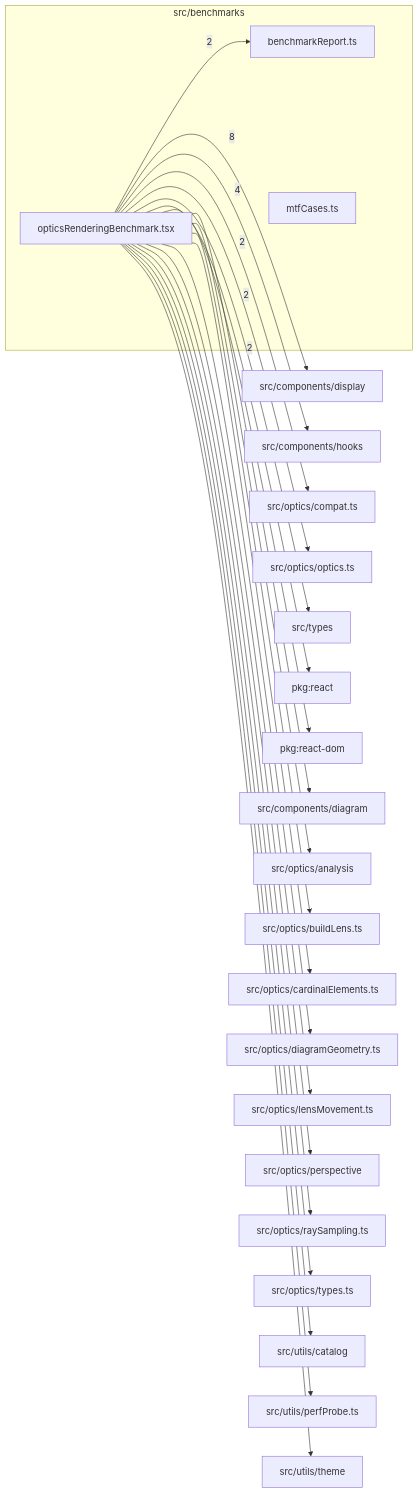
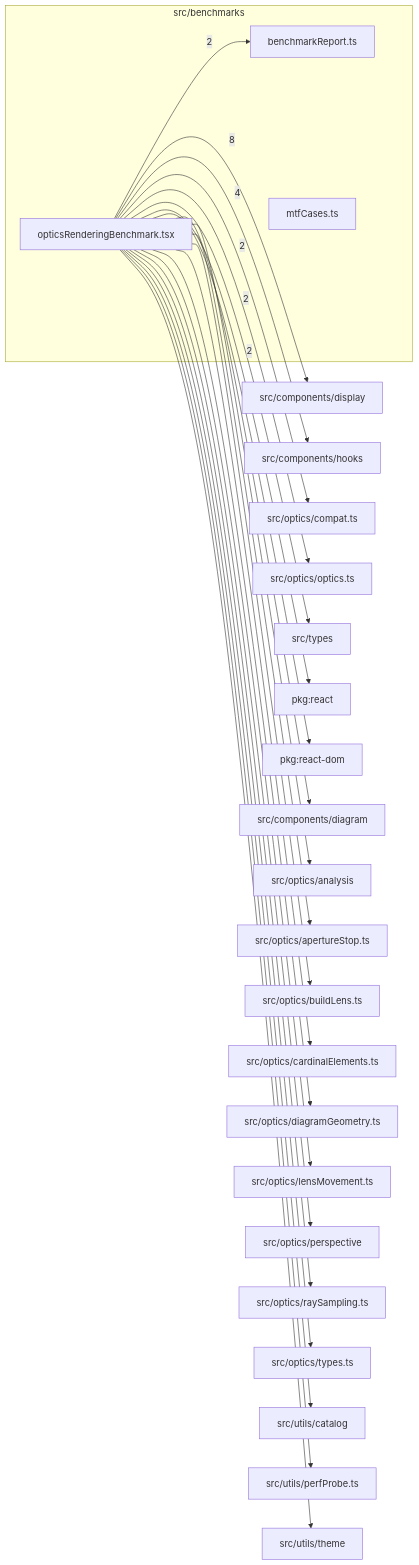
Before and after one commit to ronbuening/LensVisualizer: the diagram in src/benchmarks/readme.md, drawn with Mermaid. The commit also changed other lines of this file and 154 other files, not shown here.

````diff
--- a/src/benchmarks/readme.md
+++ b/src/benchmarks/readme.md
@@ -9,47 +9,49 @@
 ```mermaid
 flowchart LR
   subgraph n_src_benchmarks["src/benchmarks"]
     n_src_benchmarks_src_benchmarks_benchmarkReport_ts["benchmarkReport.ts"]
     n_src_benchmarks_src_benchmarks_mtfCases_ts["mtfCases.ts"]
     n_src_benchmarks_src_benchmarks_opticsRenderingBenchmark_tsx["opticsRenderingBenchmark.tsx"]
   end
   n_external_src_components_display["src/components/display"]
   n_external_src_components_hooks["src/components/hooks"]
   n_external_src_optics_compat_ts["src/optics/compat.ts"]
   n_external_src_optics_optics_ts["src/optics/optics.ts"]
   n_external_src_types["src/types"]
   n_external_pkg_react["pkg:react"]
   n_external_pkg_react_dom["pkg:react-dom"]
   n_external_src_components_diagram["src/components/diagram"]
   n_external_src_optics_analysis["src/optics/analysis"]
+  n_external_src_optics_apertureStop_ts["src/optics/apertureStop.ts"]
   n_external_src_optics_buildLens_ts["src/optics/buildLens.ts"]
   n_external_src_optics_cardinalElements_ts["src/optics/cardinalElements.ts"]
   n_external_src_optics_diagramGeometry_ts["src/optics/diagramGeometry.ts"]
   n_external_src_optics_lensMovement_ts["src/optics/lensMovement.ts"]
   n_external_src_optics_perspective["src/optics/perspective"]
   n_external_src_optics_raySampling_ts["src/optics/raySampling.ts"]
   n_external_src_optics_types_ts["src/optics/types.ts"]
   n_external_src_utils_catalog["src/utils/catalog"]
   n_external_src_utils_perfProbe_ts["src/utils/perfProbe.ts"]
   n_external_src_utils_theme["src/utils/theme"]
   n_src_benchmarks_src_benchmarks_opticsRenderingBenchmark_tsx --> |8| n_external_src_components_display
   n_src_benchmarks_src_benchmarks_opticsRenderingBenchmark_tsx --> |4| n_external_src_components_hooks
   n_src_benchmarks_src_benchmarks_opticsRenderingBenchmark_tsx --> |2| n_external_src_optics_compat_ts
   n_src_benchmarks_src_benchmarks_opticsRenderingBenchmark_tsx --> |2| n_external_src_optics_optics_ts
   n_src_benchmarks_src_benchmarks_opticsRenderingBenchmark_tsx --> |2| n_external_src_types
   n_src_benchmarks_src_benchmarks_opticsRenderingBenchmark_tsx --> |2| n_src_benchmarks_src_benchmarks_benchmarkReport_ts
   n_src_benchmarks_src_benchmarks_opticsRenderingBenchmark_tsx --> n_external_pkg_react
   n_src_benchmarks_src_benchmarks_opticsRenderingBenchmark_tsx --> n_external_pkg_react_dom
   n_src_benchmarks_src_benchmarks_opticsRenderingBenchmark_tsx --> n_external_src_components_diagram
   n_src_benchmarks_src_benchmarks_opticsRenderingBenchmark_tsx --> n_external_src_optics_analysis
+  n_src_benchmarks_src_benchmarks_opticsRenderingBenchmark_tsx --> n_external_src_optics_apertureStop_ts
   n_src_benchmarks_src_benchmarks_opticsRenderingBenchmark_tsx --> n_external_src_optics_buildLens_ts
   n_src_benchmarks_src_benchmarks_opticsRenderingBenchmark_tsx --> n_external_src_optics_cardinalElements_ts
   n_src_benchmarks_src_benchmarks_opticsRenderingBenchmark_tsx --> n_external_src_optics_diagramGeometry_ts
   n_src_benchmarks_src_benchmarks_opticsRenderingBenchmark_tsx --> n_external_src_optics_lensMovement_ts
   n_src_benchmarks_src_benchmarks_opticsRenderingBenchmark_tsx --> n_external_src_optics_perspective
   n_src_benchmarks_src_benchmarks_opticsRenderingBenchmark_tsx --> n_external_src_optics_raySampling_ts
   n_src_benchmarks_src_benchmarks_opticsRenderingBenchmark_tsx --> n_external_src_optics_types_ts
   n_src_benchmarks_src_benchmarks_opticsRenderingBenchmark_tsx --> n_external_src_utils_catalog
   n_src_benchmarks_src_benchmarks_opticsRenderingBenchmark_tsx --> n_external_src_utils_perfProbe_ts
   n_src_benchmarks_src_benchmarks_opticsRenderingBenchmark_tsx --> n_external_src_utils_theme
 ```
````
